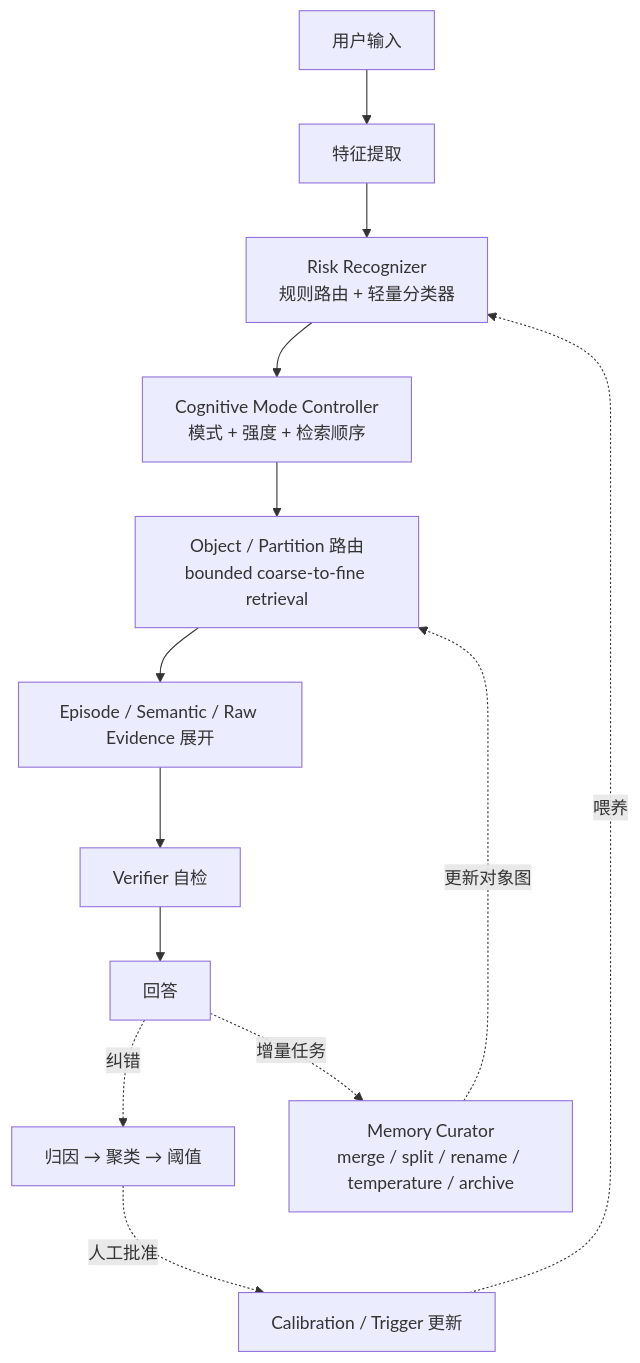
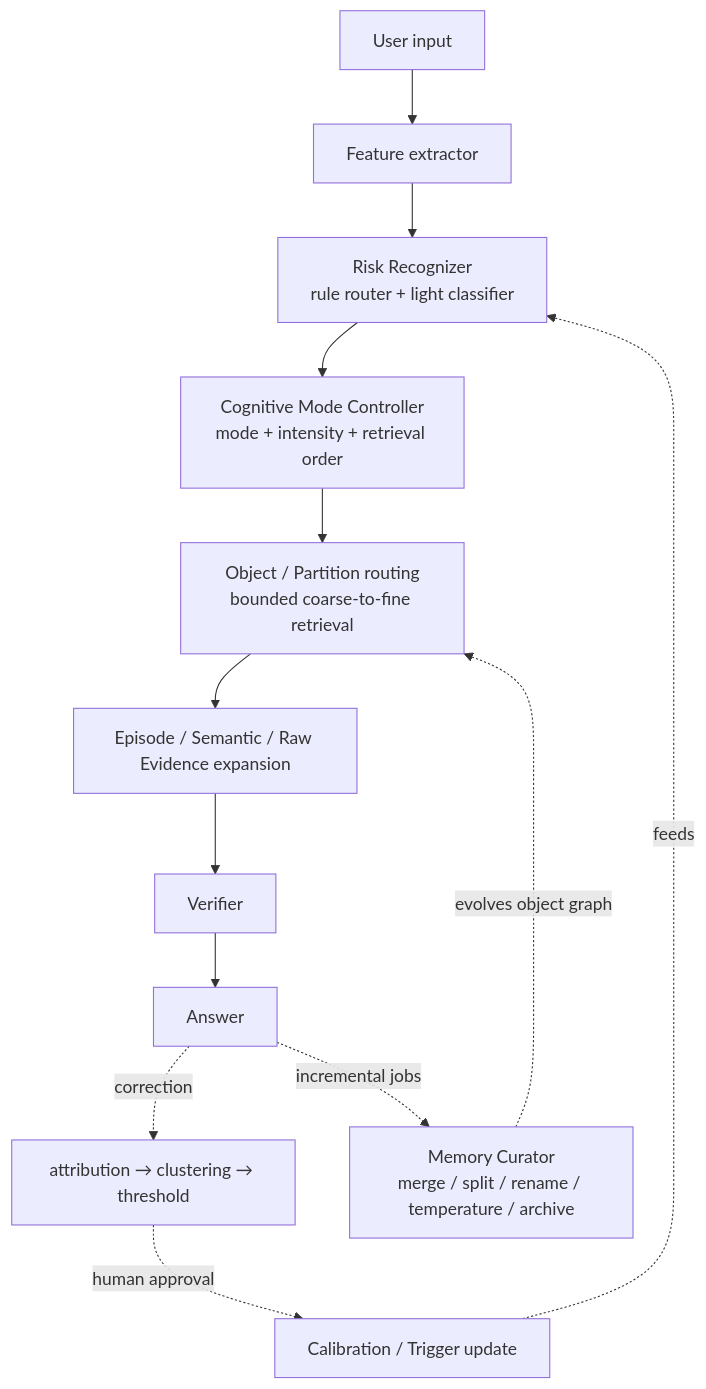
One commit to MattSureham/memoryd changed the first of 3 diagrams in README.md. Above: the diagram before and after it, drawn with Mermaid. The commit also changed other lines of this file and 2 other files, not shown here.

````diff
--- a/README.md
+++ b/README.md
@@ -13,15 +13,15 @@
 ```mermaid
 flowchart TD
-    A["用户输入"] --> B["特征提取"]
-    B --> C["Risk Recognizer<br/>规则路由 + 轻量分类器"]
-    C --> D["Cognitive Mode Controller<br/>模式 + 强度 + 检索顺序"]
-    D --> E["Object / Partition 路由<br/>bounded coarse-to-fine retrieval"]
-    E --> F["Episode / Semantic / Raw Evidence 展开"]
-    F --> G["Verifier 自检"]
-    G --> H["回答"]
-    H -. "纠错" .-> I["归因 → 聚类 → 阈值"]
-    I -. "人工批准" .-> J["Calibration / Trigger 更新"]
-    J -. "喂养" .-> C
-    H -. "增量任务" .-> K["Memory Curator<br/>merge / split / rename / temperature / archive"]
-    K -. "更新对象图" .-> E
+    A["User input"] --> B["Feature extractor"]
+    B --> C["Risk Recognizer<br/>rule router + light classifier"]
+    C --> D["Cognitive Mode Controller<br/>mode + intensity + retrieval order"]
+    D --> E["Object / Partition routing<br/>bounded coarse-to-fine retrieval"]
+    E --> F["Episode / Semantic / Raw Evidence expansion"]
+    F --> G["Verifier"]
+    G --> H["Answer"]
+    H -. "correction" .-> I["attribution → clustering → threshold"]
+    I -. "human approval" .-> J["Calibration / Trigger update"]
+    J -. "feeds" .-> C
+    H -. "incremental jobs" .-> K["Memory Curator<br/>merge / split / rename / temperature / archive"]
+    K -. "evolves object graph" .-> E
 ```
````
